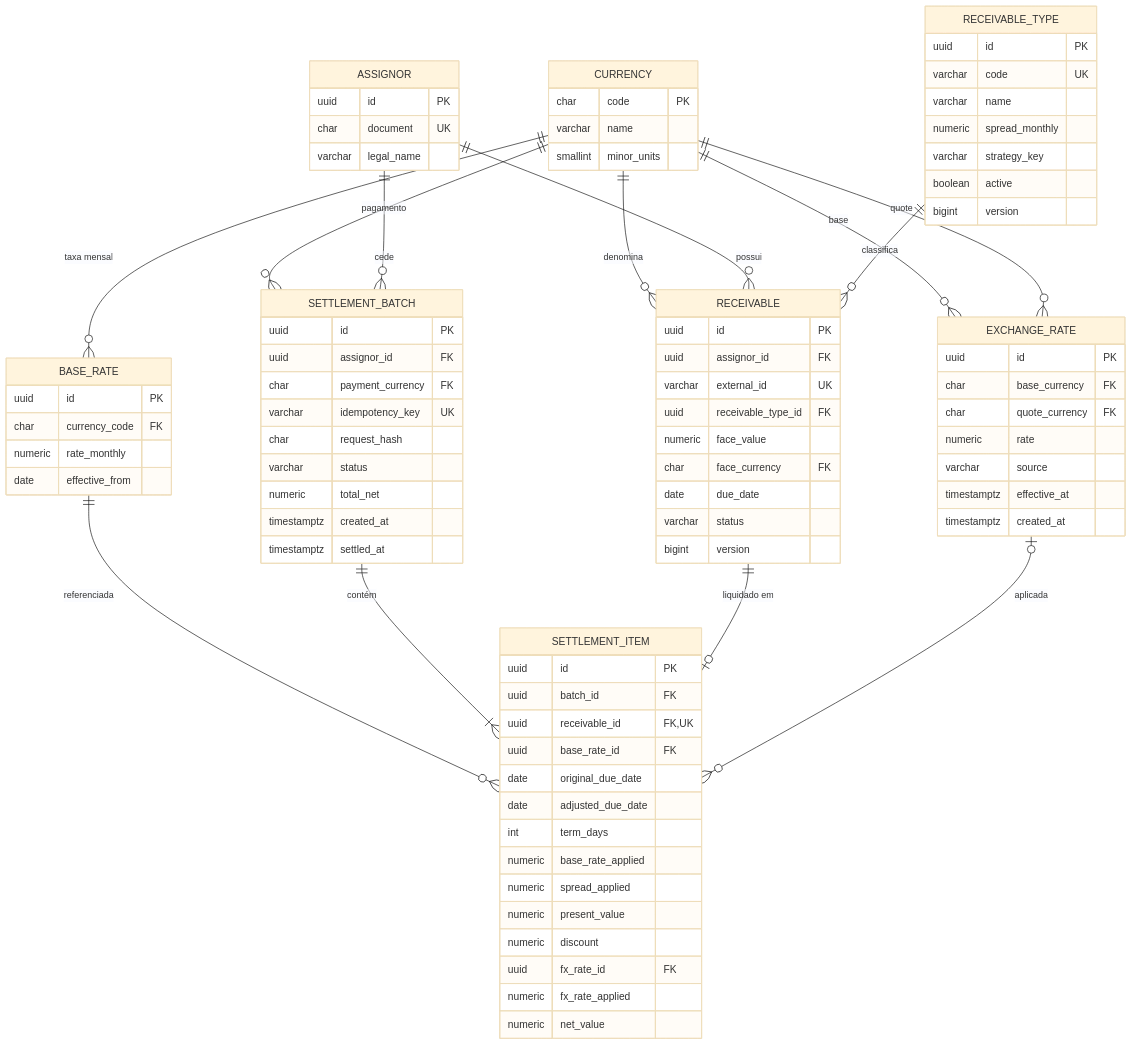
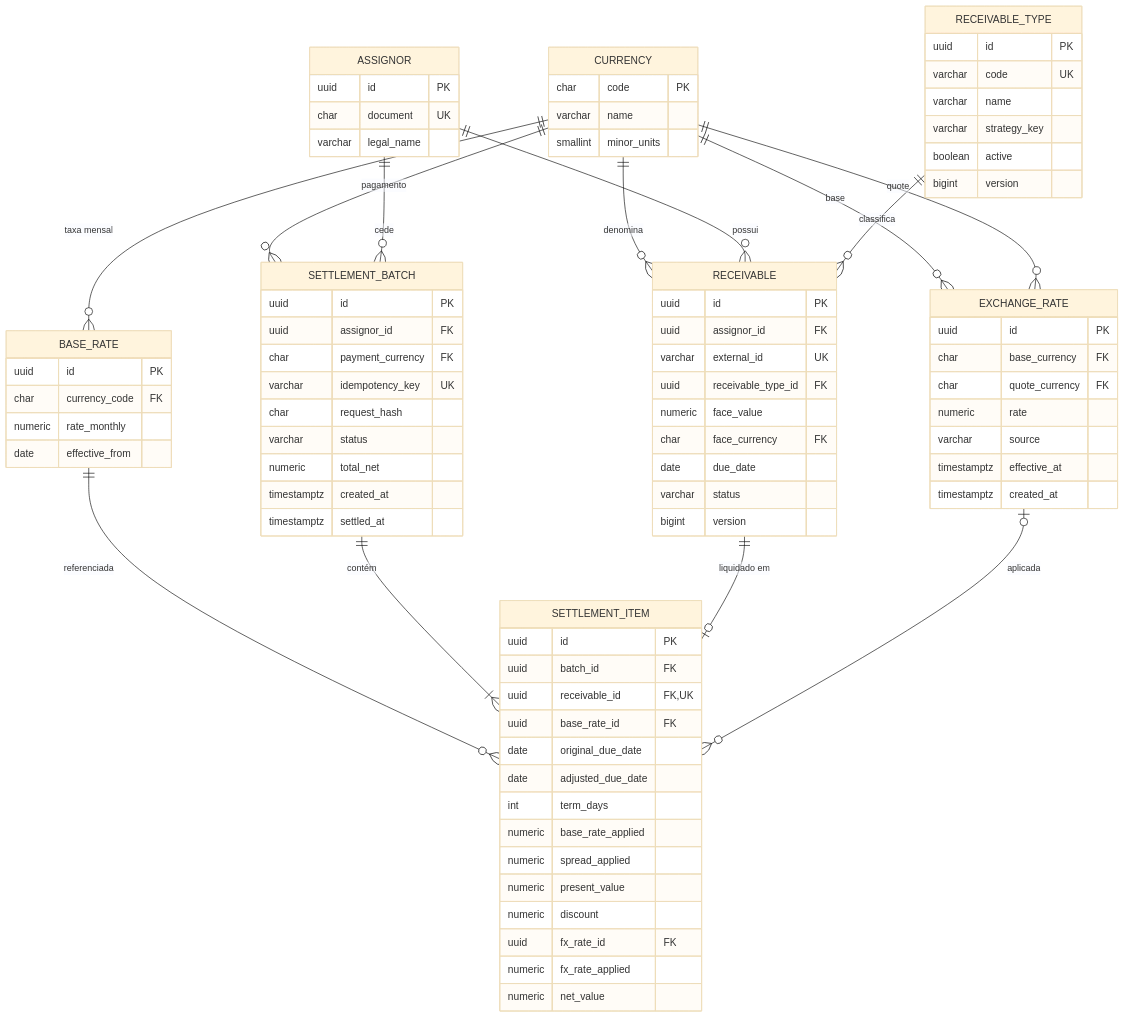
The second of 2 diagrams in docs/database/er.md (LiniiS/srm-credit-engine), drawn with Mermaid (base theme) before and after one commit. The commit also changed other lines of this file and 3 other files, not shown here.

```diff
--- a/docs/database/er.md
+++ b/docs/database/er.md
@@ -76,7 +85,6 @@
     uuid id PK
     varchar code UK
     varchar name
-    numeric spread_monthly
     varchar strategy_key
     boolean active
     bigint version
```
